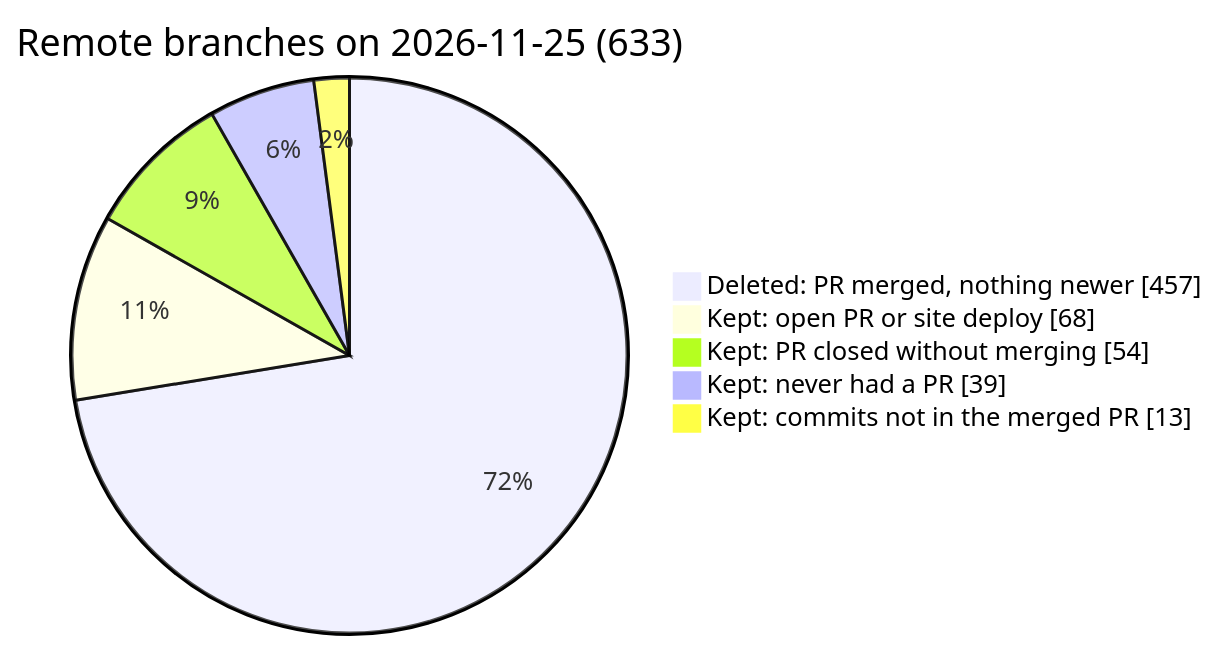
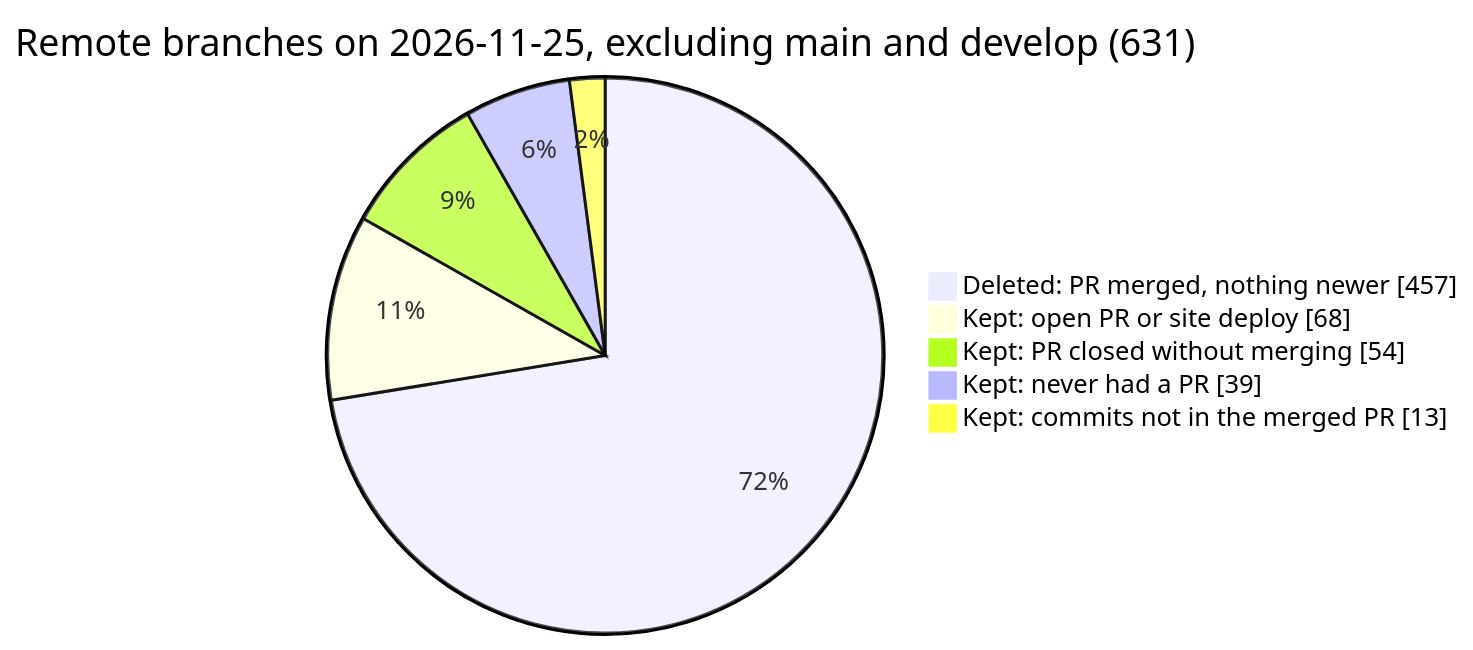
One commit to unicef/adt-studio changed the diagram in docs/maintenance/2026-11-25-branch-cleanup.md. Above: the diagram before and after it, drawn with Mermaid. The commit also changed other lines of this file and 1 other file, not shown here.

Commit message:
docs: address branch hygiene review feedback

````diff
--- a/docs/maintenance/2026-11-25-branch-cleanup.md
+++ b/docs/maintenance/2026-11-25-branch-cleanup.md
@@ -12,8 +12,8 @@
 ```mermaid
-pie showData title Remote branches on 2026-11-25 (633)
+pie showData title Remote branches on 2026-11-25, excluding main and develop (631)
     "Deleted: PR merged, nothing newer" : 457
     "Kept: open PR or site deploy" : 68
     "Kept: PR closed without merging" : 54
     "Kept: never had a PR" : 39
     "Kept: commits not in the merged PR" : 13
 ```
````
